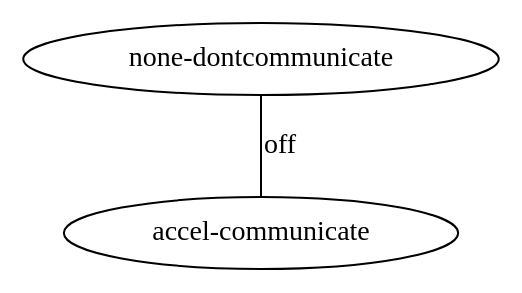
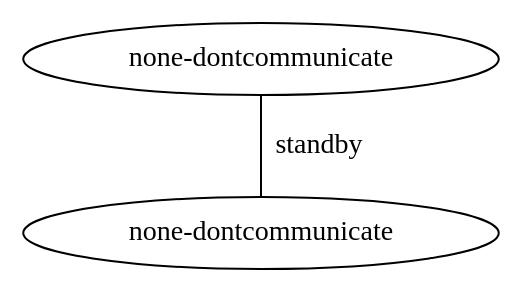
The diagram in MADPtools/mtree.dot (AlyssaLytle/DecPOMDP_Suite), drawn with Graphviz before and after one commit. The commit also changed 262 other files, not shown here.

```diff
--- a/MADPtools/mtree.dot
+++ b/MADPtools/mtree.dot
@@ -1,6 +1,6 @@
 digraph machine_tree {
 edge [dir=none];
 node0 [ label = "none-dontcommunicate" ];
-node1 [ label = "accel-communicate" ];
-node0 -> node1 [label="off"];
+node1 [ label = "none-dontcommunicate" ];
+node0 -> node1 [label="standby"];
 }
```
